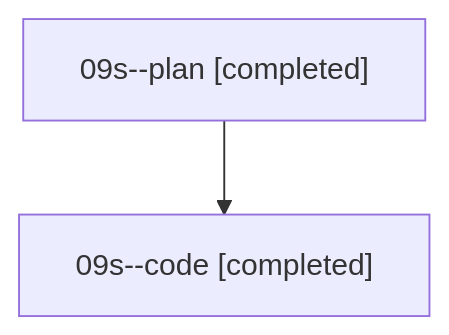
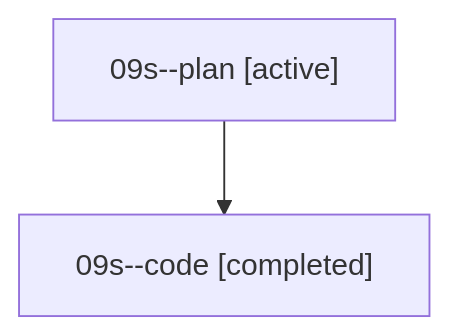
Before and after one commit to sase-org/sase--agents: the diagram in families/bbugyi200.athena.09s.md, drawn with Mermaid. The commit also changed other lines of this file and 35830 other files, not shown here.

````diff
--- a/families/bbugyi200.athena.09s.md
+++ b/families/bbugyi200.athena.09s.md
@@ -9,6 +9,6 @@
 ```mermaid
 flowchart TD
-  n0["09s--plan [completed]"]
+  n0["09s--plan [active]"]
   n1["09s--code [completed]"]
   n0 --> n1
 ```
````
